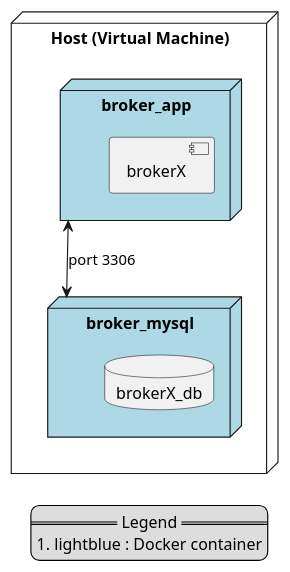
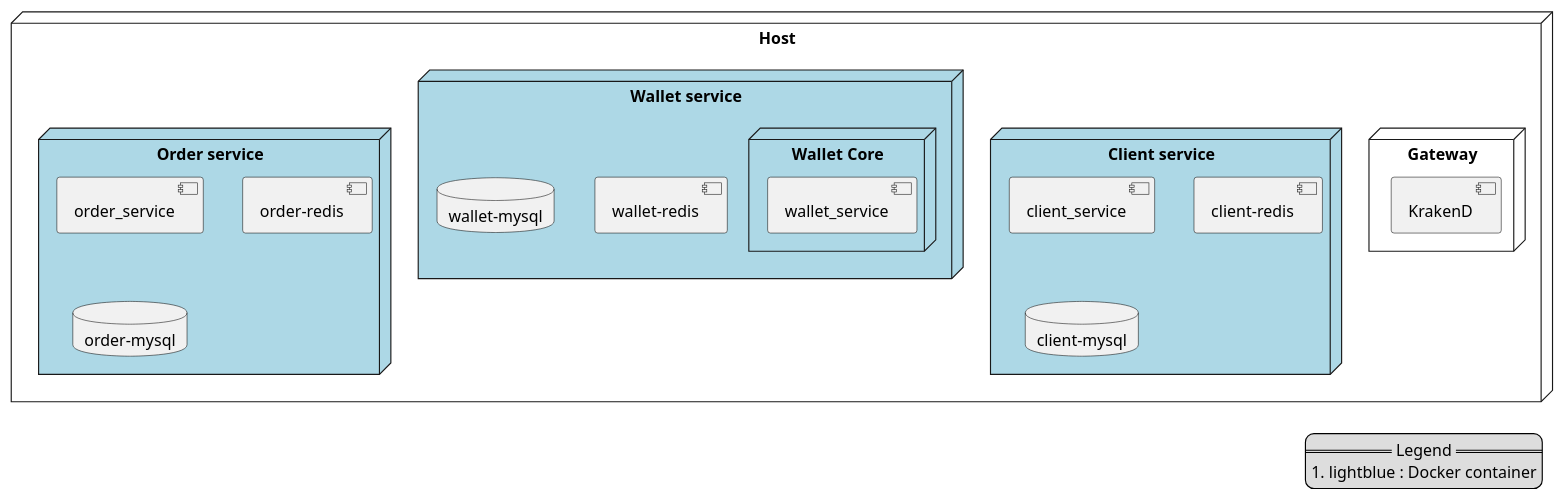
Before and after one commit to William-Lavoie/BrokerX: the diagram in documentation/phase2/views/deployment.puml, drawn with PlantUML. The commit also changed 2 other files, not shown here.

Commit message:
diagrams

```diff
--- a/documentation/phase2/views/deployment.puml
+++ b/documentation/phase2/views/deployment.puml
@@ -1,19 +1,33 @@
 @startuml
-  node "Host (Virtual Machine)" {
-    node "broker_app" #lightblue {
-      component "brokerX"
+node "Host" {
+  node "Gateway" {
+    component "KrakenD"
+  }
+  
+  node "Client service" #lightblue {
+    component "client_service"
+    component "client-redis"
+    database "client-mysql"
+  }
+
+  node "Wallet service" #lightblue {
+    node "Wallet Core" {
+      component "wallet_service"
     }
+    component "wallet-redis"
+    database "wallet-mysql"
+  }
 
-    node "broker_mysql" #lightblue {
-      database "brokerX_db"
-    }
-
-    "broker_app" <--> "broker_mysql" : port 3306
+  node "Order service" #lightblue {
+    component "order_service"
+    component "order-redis"
+    database "order-mysql"
   }
+}
 
 legend right
   == Legend ==
   #lightblue : Docker container
 endlegend
 
 @enduml
```
